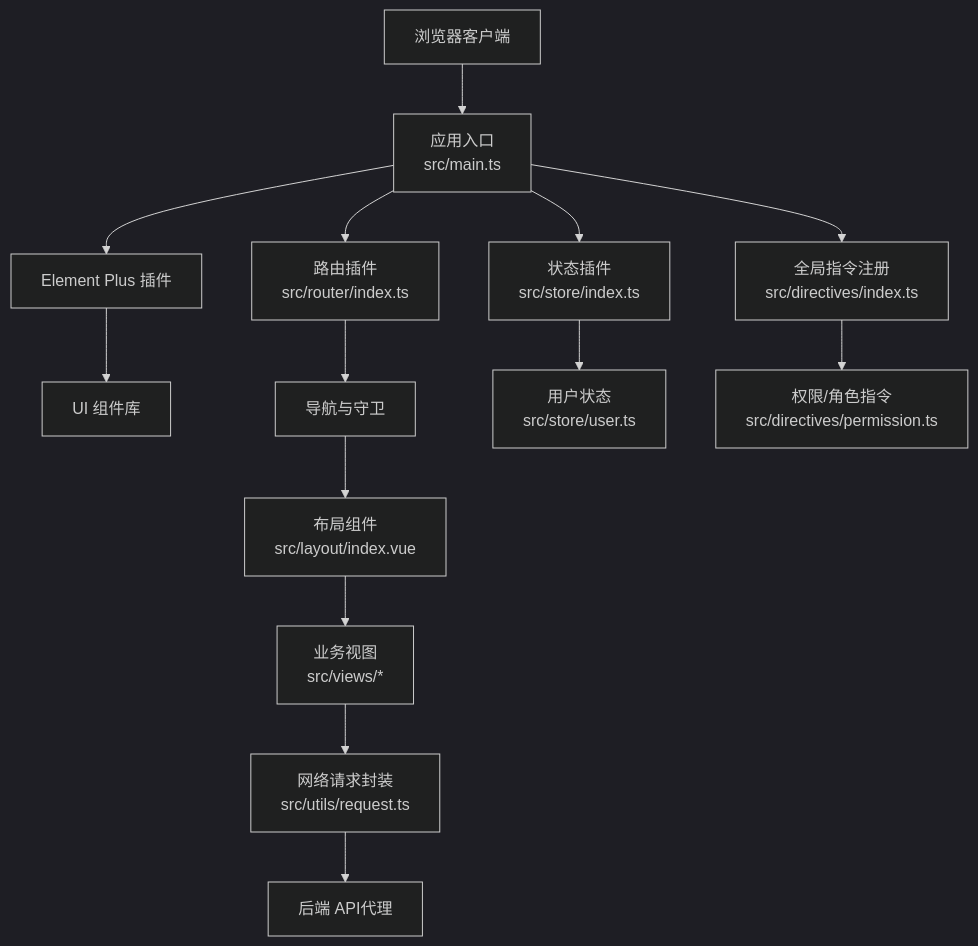
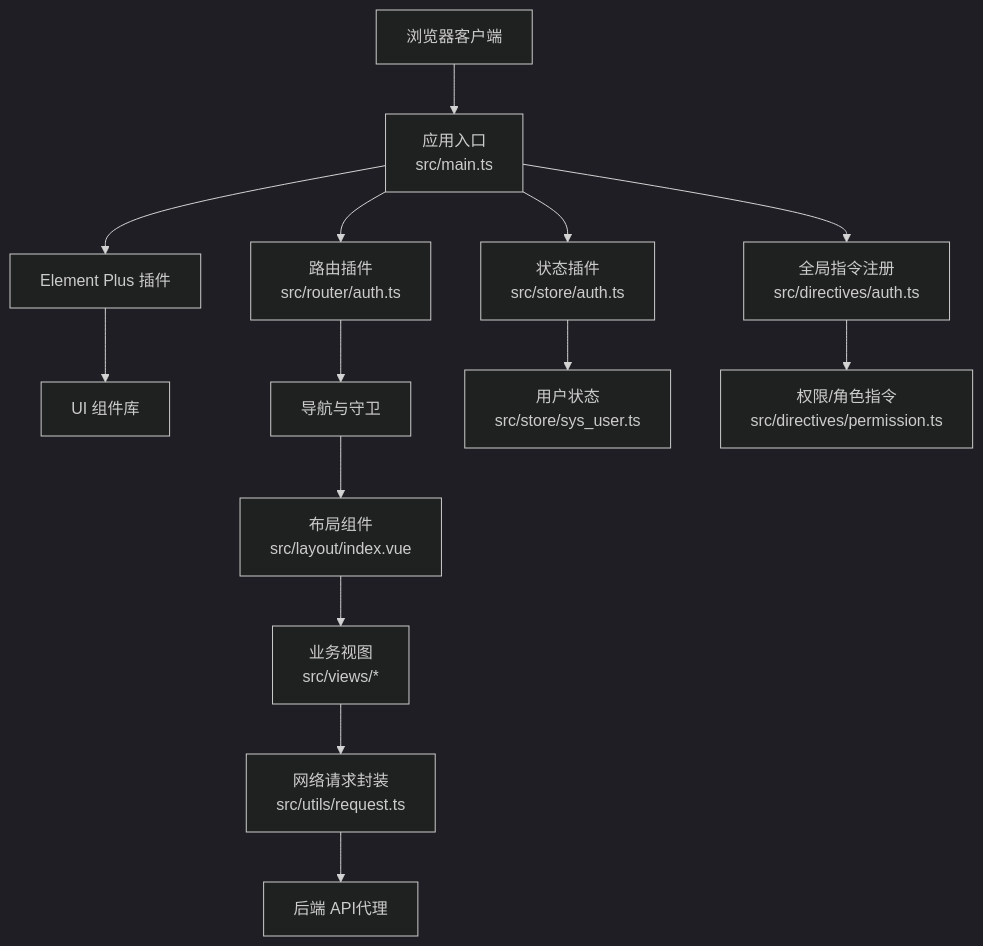
One commit to qiseyun/vue-ts-admin changed the second of 7 diagrams in .qoder/repowiki/zh/content/架构设计/整体架构.md. Above: the diagram before and after it, drawn with Mermaid (dark theme). The commit also changed other lines of this file and 42 other files, not shown here.

````diff
--- a/.qoder/repowiki/zh/content/架构设计/整体架构.md
+++ b/.qoder/repowiki/zh/content/架构设计/整体架构.md
@@ -132,16 +132,16 @@
 ```mermaid
 graph TB
 CLIENT["浏览器客户端"] --> ENTRY["应用入口<br/>src/main.ts"]
 ENTRY --> EP["Element Plus 插件"]
-ENTRY --> ROUTER["路由插件<br/>src/router/index.ts"]
-ENTRY --> PINIA["状态插件<br/>src/store/index.ts"]
-ENTRY --> DIRS["全局指令注册<br/>src/directives/index.ts"]
+ENTRY --> ROUTER["路由插件<br/>src/router/auth.ts"]
+ENTRY --> PINIA["状态插件<br/>src/store/auth.ts"]
+ENTRY --> DIRS["全局指令注册<br/>src/directives/auth.ts"]
 EP --> UI["UI 组件库"]
 ROUTER --> NAV["导航与守卫"]
-PINIA --> STORE["用户状态<br/>src/store/user.ts"]
+PINIA --> STORE["用户状态<br/>src/store/sys_user.ts"]
 DIRS --> PERM["权限/角色指令<br/>src/directives/permission.ts"]
 NAV --> LAYOUT["布局组件<br/>src/layout/index.vue"]
 LAYOUT --> VIEWS["业务视图<br/>src/views/*"]
 VIEWS --> NET["网络请求封装<br/>src/utils/request.ts"]
 NET --> API["后端 API代理"]
 ```
````
